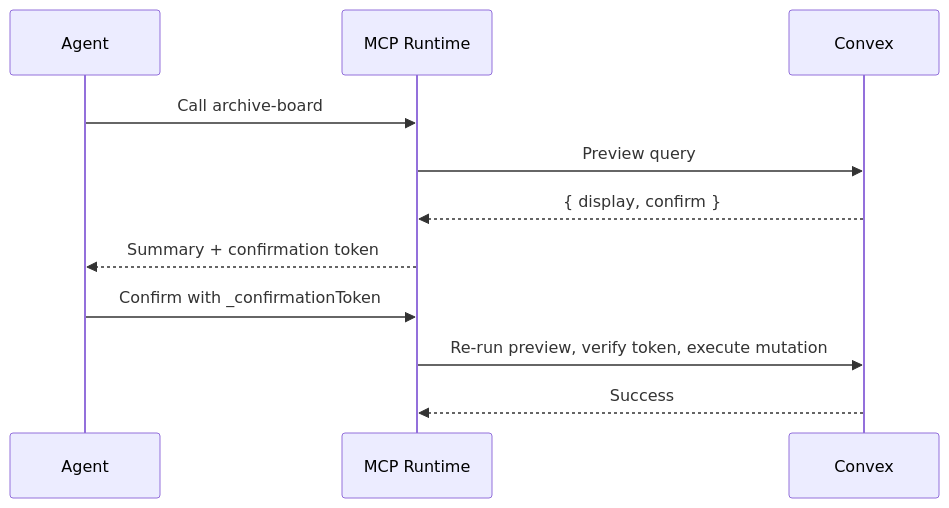
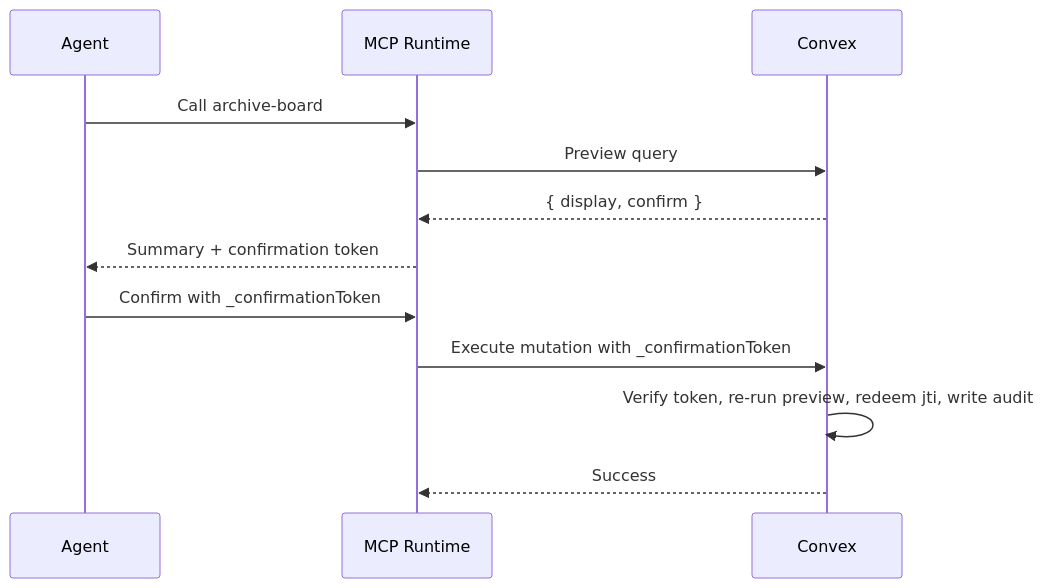
One commit to lupinum-dev/better-convex-nuxt changed the diagram in docs/content/docs/13.mcp-tools/4.safety-and-confirmation.md. Above: the diagram before and after it, drawn with Mermaid. The commit also changed other lines of this file and 25 other files, not shown here.

````diff
--- a/docs/content/docs/13.mcp-tools/4.safety-and-confirmation.md
+++ b/docs/content/docs/13.mcp-tools/4.safety-and-confirmation.md
@@ -12,14 +12,15 @@
 ```mermaid
 sequenceDiagram
     participant Agent
     participant MCP as MCP Runtime
     participant Convex
 
     Agent->>MCP: Call archive-board
     MCP->>Convex: Preview query
     Convex-->>MCP: { display, confirm }
     MCP-->>Agent: Summary + confirmation token
     Agent->>MCP: Confirm with _confirmationToken
-    MCP->>Convex: Re-run preview, verify token, execute mutation
+    MCP->>Convex: Execute mutation with _confirmationToken
+    Convex->>Convex: Verify token, re-run preview, redeem jti, write audit
     Convex-->>MCP: Success
 ```
````
